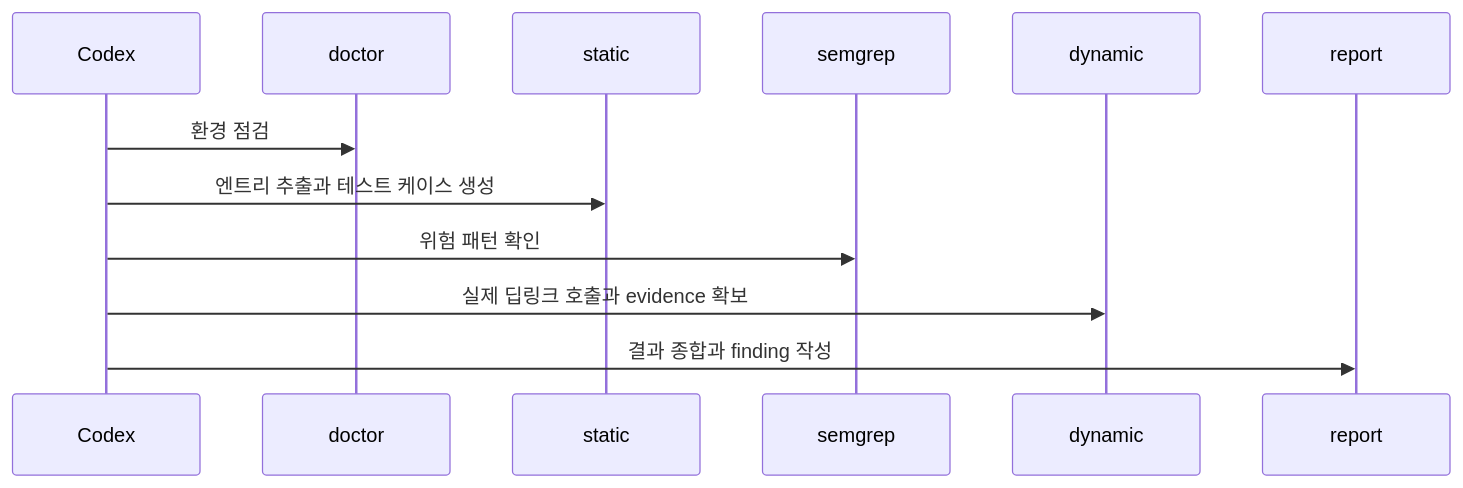
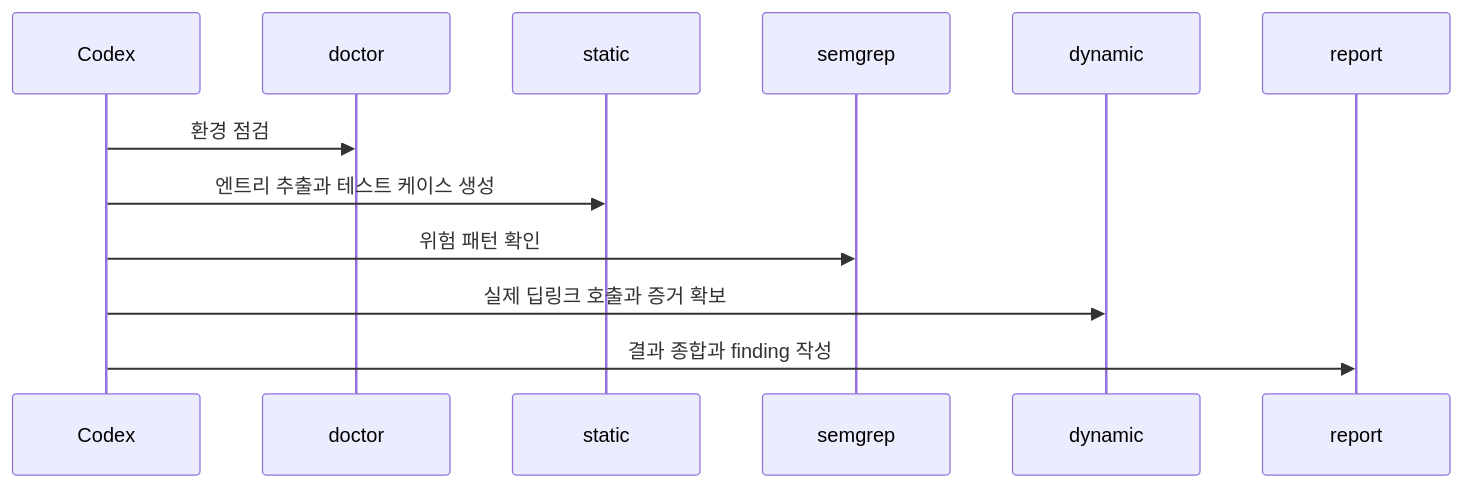
One commit to koalav/present-anyything changed diagram 15 of 19 in content/decks/codex-deeplink-audit-guide/source.md. Above: the diagram before and after it, drawn with Mermaid. The commit also changed other lines of this file and 26 other files, not shown here.

````diff
--- a/content/decks/codex-deeplink-audit-guide/source.md
+++ b/content/decks/codex-deeplink-audit-guide/source.md
@@ -314,15 +314,15 @@
 ```mermaid
 sequenceDiagram
     participant Codex as Codex
     participant Doctor as doctor
     participant Static as static
     participant Semgrep as semgrep
     participant Dynamic as dynamic
     participant Report as report
 
     Codex->>Doctor: 환경 점검
     Codex->>Static: 엔트리 추출과 테스트 케이스 생성
     Codex->>Semgrep: 위험 패턴 확인
-    Codex->>Dynamic: 실제 딥링크 호출과 evidence 확보
+    Codex->>Dynamic: 실제 딥링크 호출과 증거 확보
     Codex->>Report: 결과 종합과 finding 작성
 ```
````
